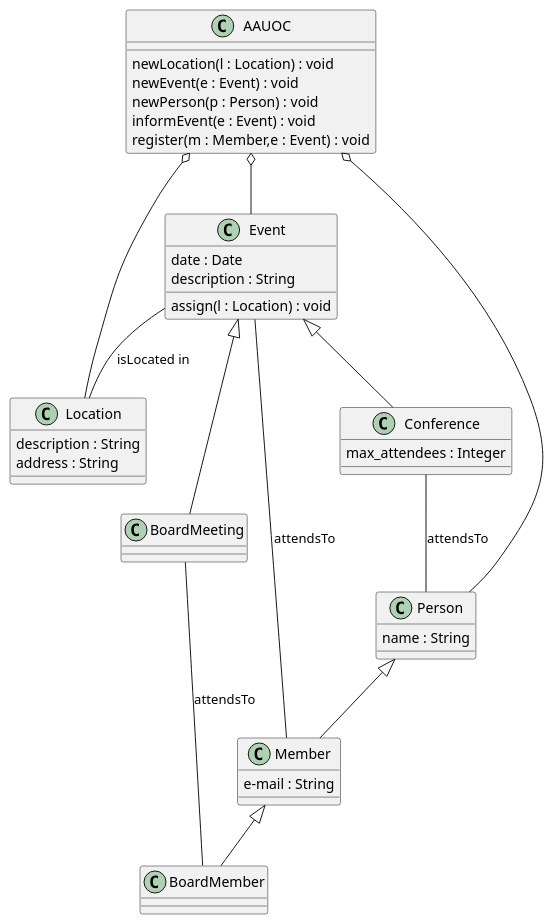
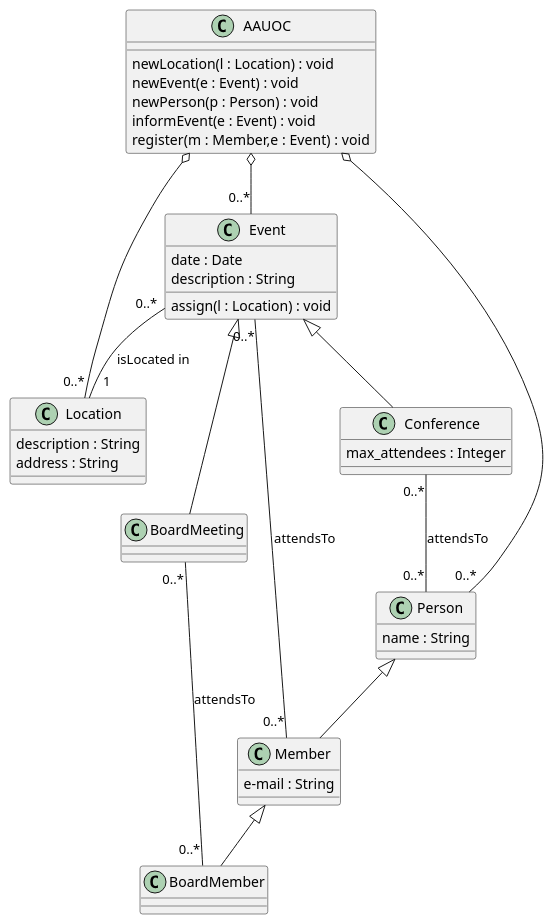
One commit to carniedom/UMLClases_CarmeloNietoDomene changed the diagram in UMLClases_CND/UMLClases_CND.puml. Above: the diagram before and after it, drawn with PlantUML.

Commit message:
Cardinalidades

```diff
--- a/UMLClases_CND/UMLClases_CND.puml
+++ b/UMLClases_CND/UMLClases_CND.puml
@@ -1,52 +1,52 @@
 @startuml
 class Member{
     e-mail : String
 }
 
 class BoardMember{
 }
 
 class Event{
     date : Date
     description : String
     assign(l : Location) : void
 }
 
 class Conference{
     max_attendees : Integer
 }
 
 class BoardMeeting{
 }
 
 class Location{
     description : String
     address : String
 }
 
 class Person{
     name : String
 }
 
 class AAUOC{
     newLocation(l : Location) : void
     newEvent(e : Event) : void
     newPerson(p : Person) : void
     informEvent(e : Event) : void
     register(m : Member,e : Event) : void
 }
 
-AAUOC o-- Event
-AAUOC o-- Person
-AAUOC o-- Location
-Event -- Location : isLocated in
-Event -- Member : attendsTo
+AAUOC o-- "0..*" Event
+AAUOC o-- "0..*" Person
+AAUOC o-- "0..*" Location
+Event "0..*" -- "   1" Location : isLocated in
+Event "0..*" -- "0..*" Member : attendsTo
 Event <|-- Conference
 Event <|-- BoardMeeting
-Conference -- Person : attendsTo
-BoardMeeting -- BoardMember : attendsTo
+Conference "0..*" -- "0..*" Person : attendsTo
+BoardMeeting "0..*" -- "0..*" BoardMember : attendsTo
 Person <|-- Member
 Member <|-- BoardMember
 
 
 @enduml
```
